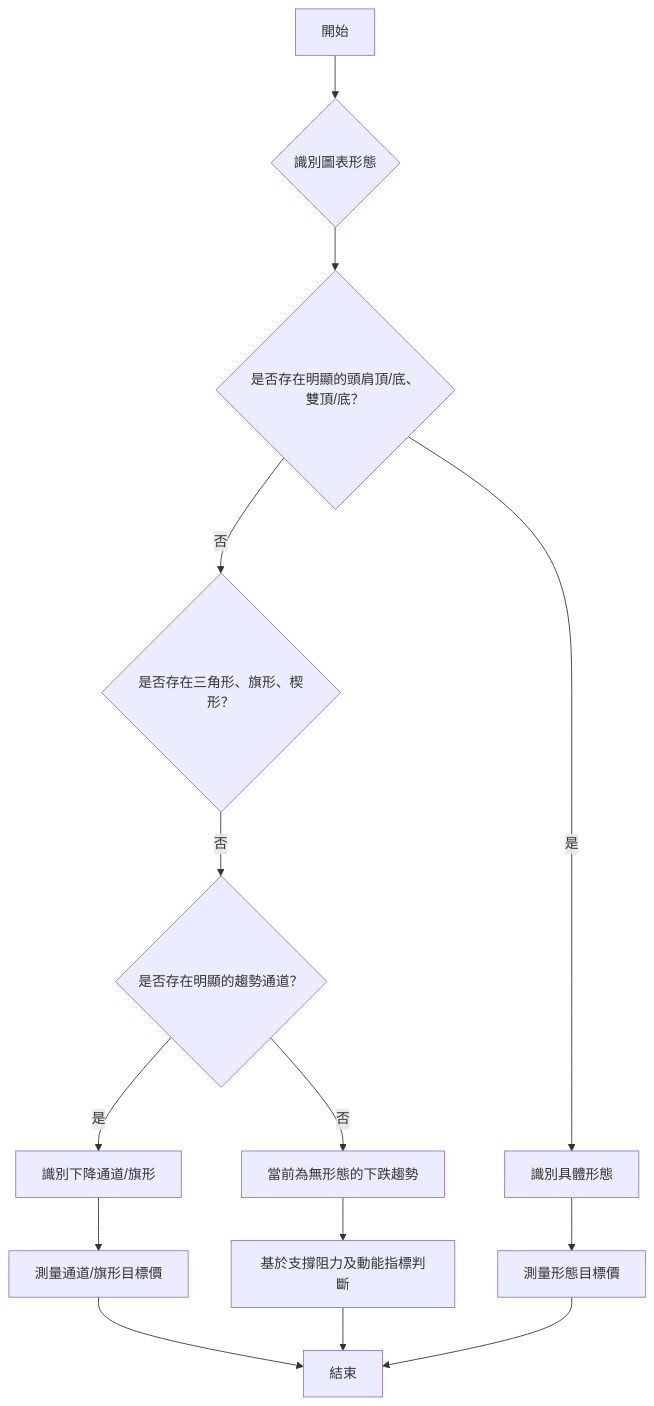
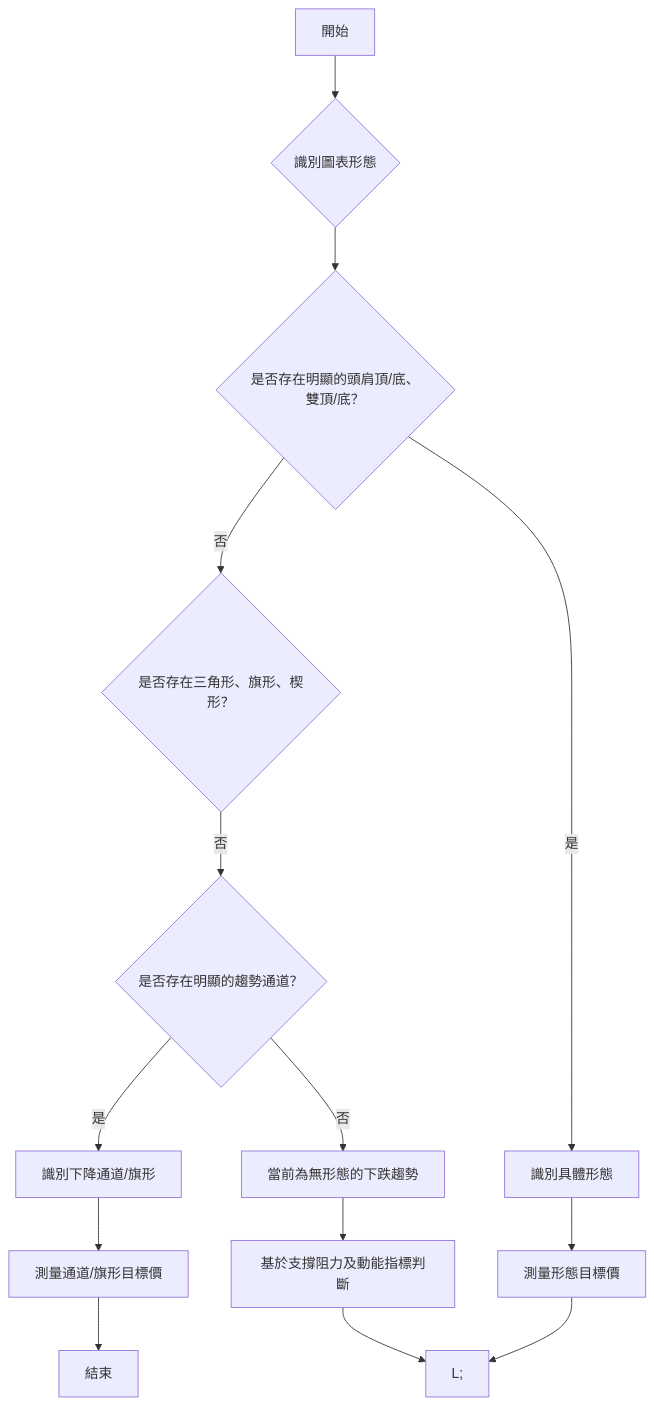
One commit to yennanliu/finance_data changed the fourth of 7 diagrams in ai_gen_report/stock/amzn/technical_analysis_2026-06-24_gemini.md. Above: the diagram before and after it, drawn with Mermaid. The commit also changed other lines of this file and 2258 other files, not shown here.

First line of the commit message:
chore: backfill Mermaid syntax repair across existing reports

````diff
--- a/ai_gen_report/stock/amzn/technical_analysis_2026-06-24_gemini.md
+++ b/ai_gen_report/stock/amzn/technical_analysis_2026-06-24_gemini.md
@@ -232,16 +232,16 @@
 ```mermaid
 graph TD
-    A[開始] --> B{識別圖表形態};
-    B --> C{是否存在明顯的頭肩頂/底、雙頂/底？};
-    C -- 否 --> D{是否存在三角形、旗形、楔形？};
-    D -- 否 --> E{是否存在明顯的趨勢通道？};
-    E -- 是 --> F[識別下降通道/旗形];
-    E -- 否 --> G[當前為無形態的下跌趨勢];
-    C -- 是 --> H[識別具體形態];
-    H --> I[測量形態目標價];
-    F --> J[測量通道/旗形目標價];
-    G --> K[基於支撐阻力及動能指標判斷];
-    J --> L[結束];
-    I --> L;
-    K --> L;
+    A["開始"] --> B{"識別圖表形態"};
+    B --> C{"是否存在明顯的頭肩頂/底、雙頂/底？"};
+    C -- 否 --> D{"是否存在三角形、旗形、楔形？"};
+    D -- 否 --> E{"是否存在明顯的趨勢通道？"};
+    E -- 是 --> F["識別下降通道/旗形"];
+    E -- 否 --> G["當前為無形態的下跌趨勢"];
+    C -- 是 --> H["識別具體形態"];
+    H --> I["測量形態目標價"];
+    F --> J["測量通道/旗形目標價"];
+    G --> K["基於支撐阻力及動能指標判斷"];
+    J --> L["結束"];
+    I --> nb1["L;"]
+    K --> nb1["L;"]
 ```
````
